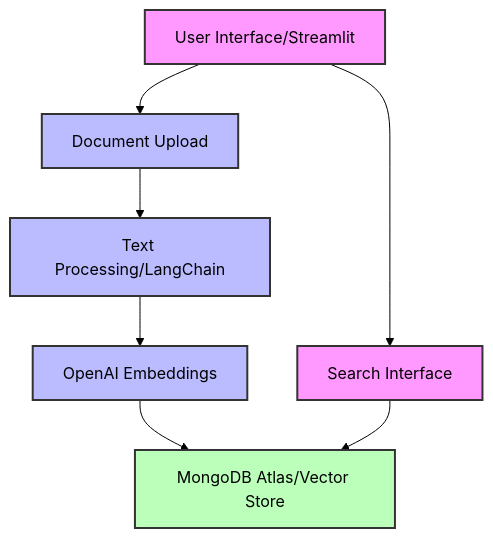
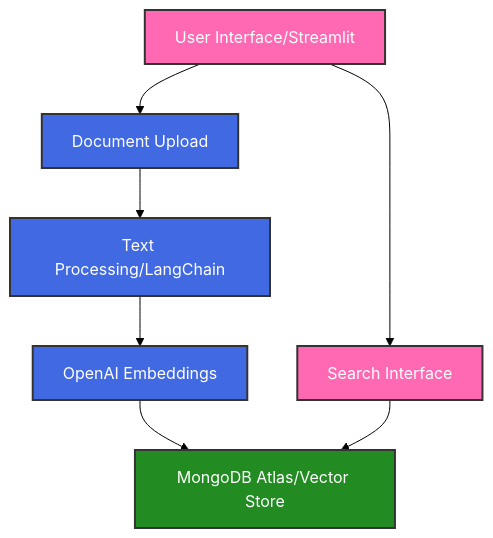
The diagram in README.md (jnuts74/doc-upload-test), drawn with Mermaid (forest theme) before and after one commit.

Commit message:
Update README.md to enhance the visual representation of the architecture diagram by changing the color styles for better clarity and aesthetics. This improves the overall readability for developers and users.

````diff
--- a/README.md
+++ b/README.md
@@ -38,16 +38,16 @@
 ```mermaid
 graph TD
     A[User Interface/Streamlit] --> B[Document Upload]
     B --> C[Text Processing/LangChain]
     C --> D[OpenAI Embeddings]
     D --> E[MongoDB Atlas/Vector Store]
     A --> F[Search Interface]
     F --> E
     
-    style A fill:#f9f,stroke:#333,stroke-width:2px
-    style B fill:#bbf,stroke:#333,stroke-width:2px
-    style C fill:#bbf,stroke:#333,stroke-width:2px
-    style D fill:#bbf,stroke:#333,stroke-width:2px
-    style E fill:#bfb,stroke:#333,stroke-width:2px
-    style F fill:#f9f,stroke:#333,stroke-width:2px
+    style A fill:#ff69b4,stroke:#333,stroke-width:2px,color:#fff
+    style B fill:#4169e1,stroke:#333,stroke-width:2px,color:#fff
+    style C fill:#4169e1,stroke:#333,stroke-width:2px,color:#fff
+    style D fill:#4169e1,stroke:#333,stroke-width:2px,color:#fff
+    style E fill:#228b22,stroke:#333,stroke-width:2px,color:#fff
+    style F fill:#ff69b4,stroke:#333,stroke-width:2px,color:#fff
 ```
````
